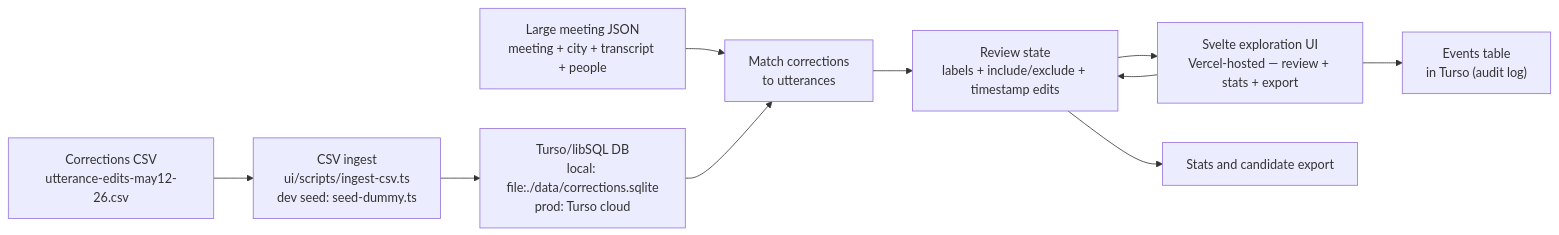
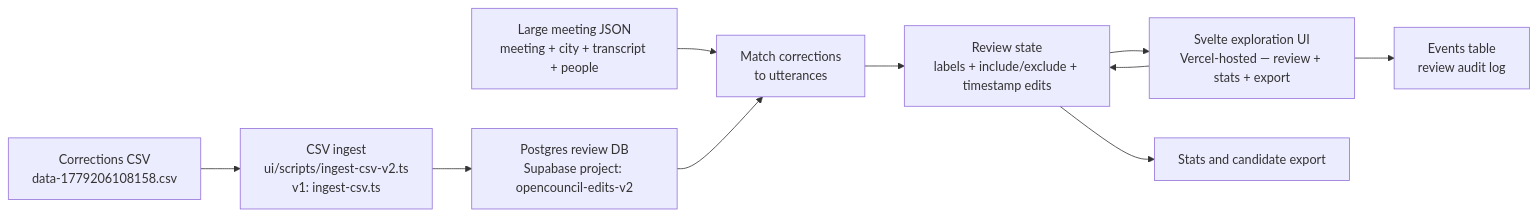
One commit to eellak/gsoc2026-opencouncil-stt changed the diagram in CURRENT.md. Above: the diagram before and after it, drawn with Mermaid. The commit also changed other lines of this file and 13 other files, not shown here.

First line of the commit message:
docs: decisions, roadmap, specs, meeting notes for the review UI sprint

````diff
--- a/CURRENT.md
+++ b/CURRENT.md
@@ -22,22 +30,22 @@
 ```mermaid
 flowchart LR
-    CSV["Corrections CSV<br/>utterance-edits-may12-26.csv"]
-    Ingest["CSV ingest<br/>ui/scripts/ingest-csv.ts<br/>dev seed: seed-dummy.ts"]
-    DB["Turso/libSQL DB<br/>local: file:./data/corrections.sqlite<br/>prod: Turso cloud"]
+    CSV["Corrections CSV<br/>data-1779206108158.csv"]
+    Ingest["CSV ingest<br/>ui/scripts/ingest-csv-v2.ts<br/>v1: ingest-csv.ts"]
+    DB["Postgres review DB<br/>Supabase project: opencouncil-edits-v2"]
     JSON["Large meeting JSON<br/>meeting + city + transcript + people"]
     Match["Match corrections<br/>to utterances"]
     State["Review state<br/>labels + include/exclude + timestamp edits"]
     UI["Svelte exploration UI<br/>Vercel-hosted — review + stats + export"]
-    Events["Events table<br/>in Turso (audit log)"]
+    Events["Events table<br/>review audit log"]
     Stats["Stats and candidate export"]
 
     CSV --> Ingest
     Ingest --> DB
     JSON --> Match
     DB --> Match
     Match --> State
     State --> UI
     UI --> State
     UI --> Events
     State --> Stats
 ```
````
